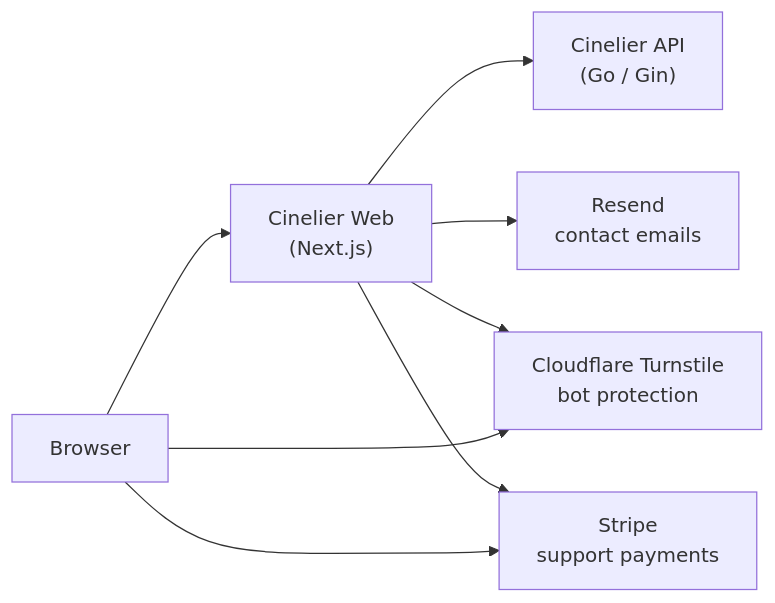
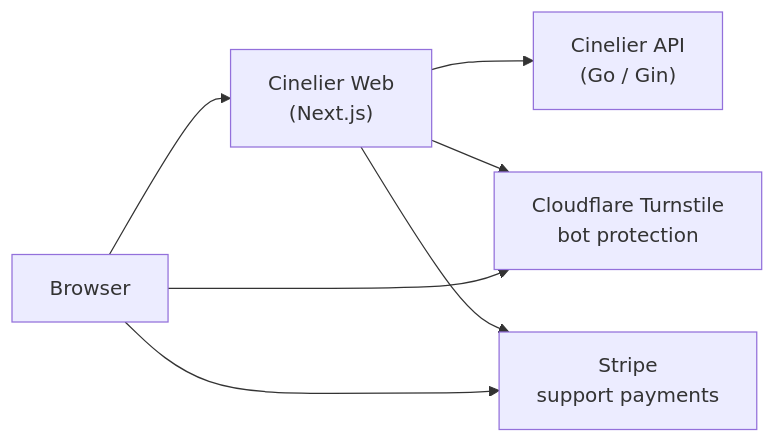
The diagram in README.md (masaya-nishimura-09/movie-log), drawn with Mermaid before and after one commit. The commit also changed other lines of this file and 15 other files, not shown here.

````diff
--- a/README.md
+++ b/README.md
@@ -41,10 +41,9 @@
 ```mermaid
 flowchart LR
     browser["Browser"] --> web["Cinelier Web<br/>(Next.js)"]
     web --> api["Cinelier API<br/>(Go / Gin)"]
-    web --> resend["Resend<br/>contact emails"]
     web --> turnstile["Cloudflare Turnstile<br/>bot protection"]
     browser --> turnstile
     web --> stripe["Stripe<br/>support payments"]
     browser --> stripe
 ```
````
